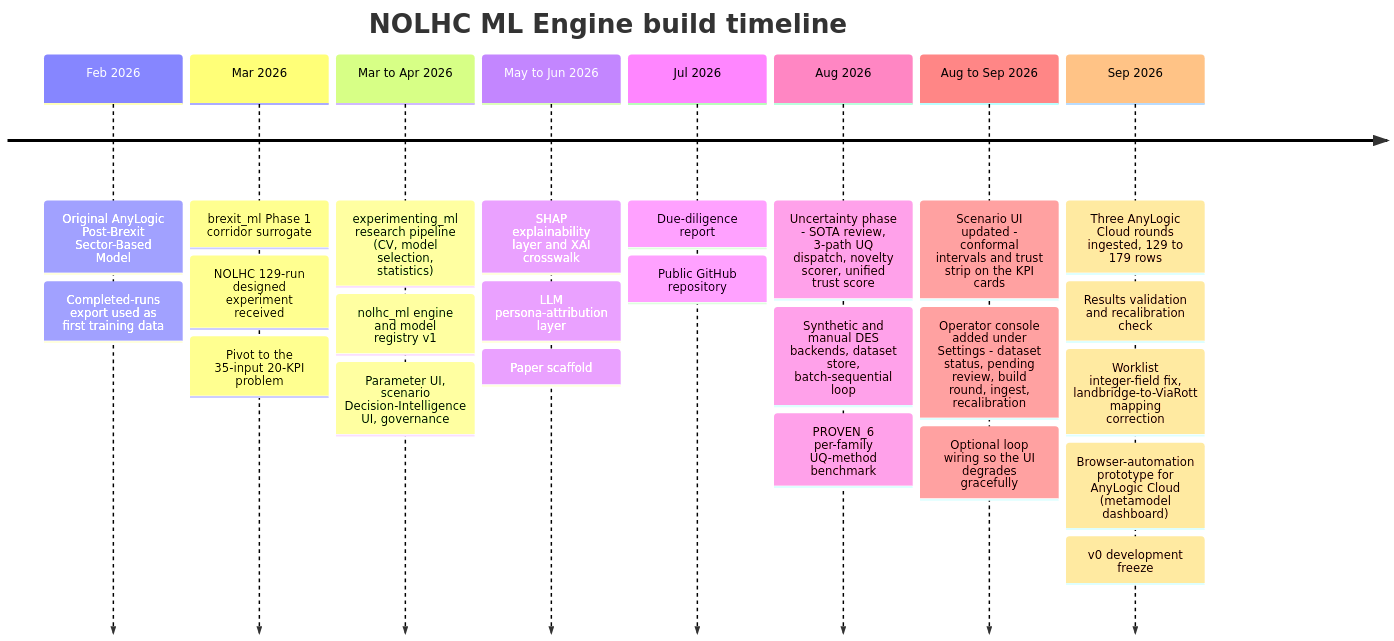
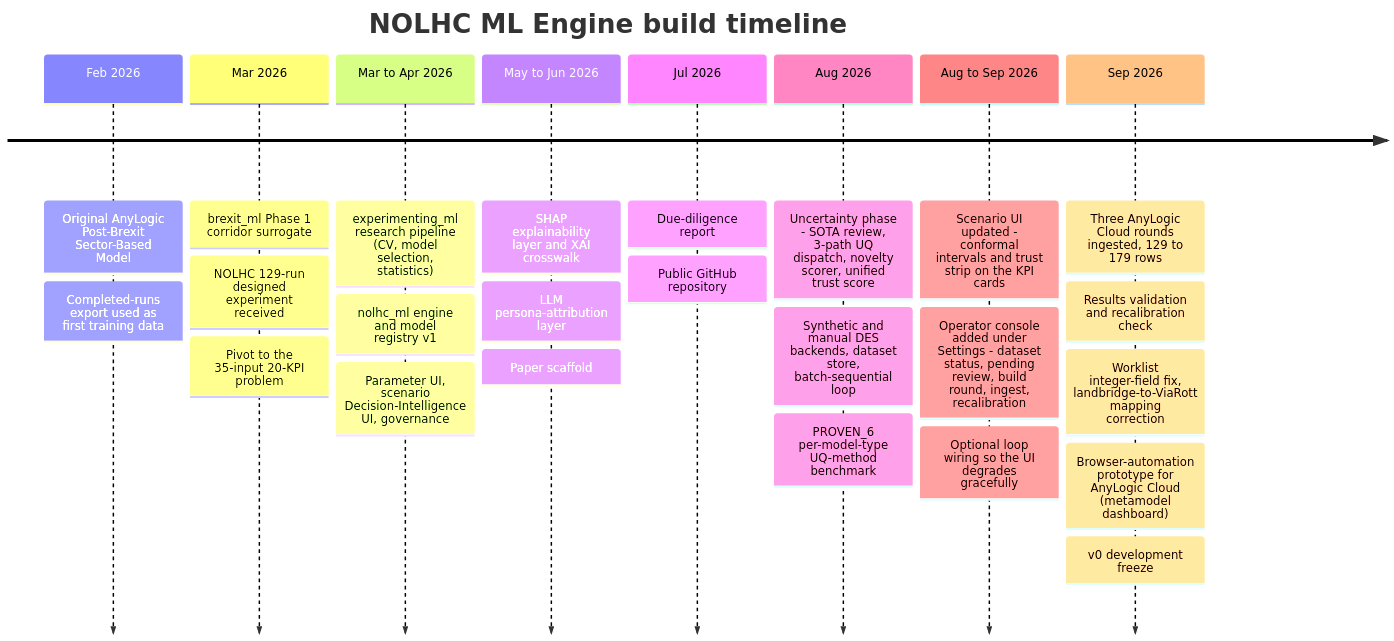
Before and after one commit to nilashree28-wq/NOLHC-ML-Engine: the first of 3 diagrams in docs/NOLHC_ML_Engine_Technical_Report.md, drawn with Mermaid. The commit also changed other lines of this file and 1 other file, not shown here.

Commit message:
docs: address mentor review round 2 — 179-row count in §6.1, PROVEN_6 'estimator type' vs 'family', integer-rounding cost in §3.2, Fig 2 letter labels, brexit_ml optional consistency, single mean-R2 figure, name primary UI + owner + date, Appendix D report formats

````diff
--- a/docs/NOLHC_ML_Engine_Technical_Report.md
+++ b/docs/NOLHC_ML_Engine_Technical_Report.md
@@ -69,12 +69,12 @@
 ```mermaid
 timeline
     title NOLHC ML Engine build timeline
     Feb 2026 : Original AnyLogic Post-Brexit Sector-Based Model : Completed-runs export used as first training data
     Mar 2026 : brexit_ml Phase 1 corridor surrogate : NOLHC 129-run designed experiment received : Pivot to the 35-input 20-KPI problem
     Mar to Apr 2026 : experimenting_ml research pipeline (CV, model selection, statistics) : nolhc_ml engine and model registry v1 : Parameter UI, scenario Decision-Intelligence UI, governance
     May to Jun 2026 : SHAP explainability layer and XAI crosswalk : LLM persona-attribution layer : Paper scaffold
     Jul 2026 : Due-diligence report : Public GitHub repository
-    Aug 2026 : Uncertainty phase - SOTA review, 3-path UQ dispatch, novelty scorer, unified trust score : Synthetic and manual DES backends, dataset store, batch-sequential loop : PROVEN_6 per-family UQ-method benchmark
+    Aug 2026 : Uncertainty phase - SOTA review, 3-path UQ dispatch, novelty scorer, unified trust score : Synthetic and manual DES backends, dataset store, batch-sequential loop : PROVEN_6 per-model-type UQ-method benchmark
     Aug to Sep 2026 : Scenario UI updated - conformal intervals and trust strip on the KPI cards : Operator console added under Settings - dataset status, pending review, build round, ingest, recalibration : Optional loop wiring so the UI degrades gracefully
     Sep 2026 : Three AnyLogic Cloud rounds ingested, 129 to 179 rows : Results validation and recalibration check : Worklist integer-field fix, landbridge-to-ViaRott mapping correction : Browser-automation prototype for AnyLogic Cloud (metamodel dashboard) : v0 development freeze
 ```
````
